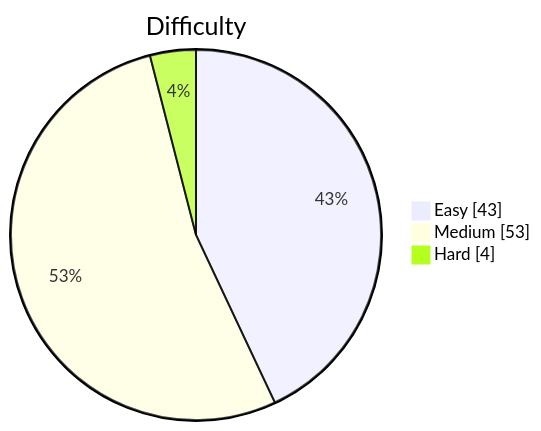
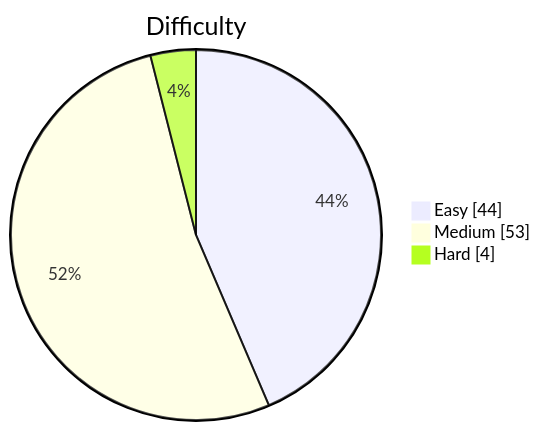
One commit to kevstevie/python-algo-practice changed the diagram in README.md. Above: the diagram before and after it, drawn with Mermaid. The commit also changed other lines of this file, not shown here.

````diff
--- a/README.md
+++ b/README.md
@@ -13,7 +13,7 @@
 ```mermaid
 pie showData
     title Difficulty
-    "Easy"   : 43
+    "Easy"   : 44
     "Medium" : 53
     "Hard"   : 4
 ```
````
